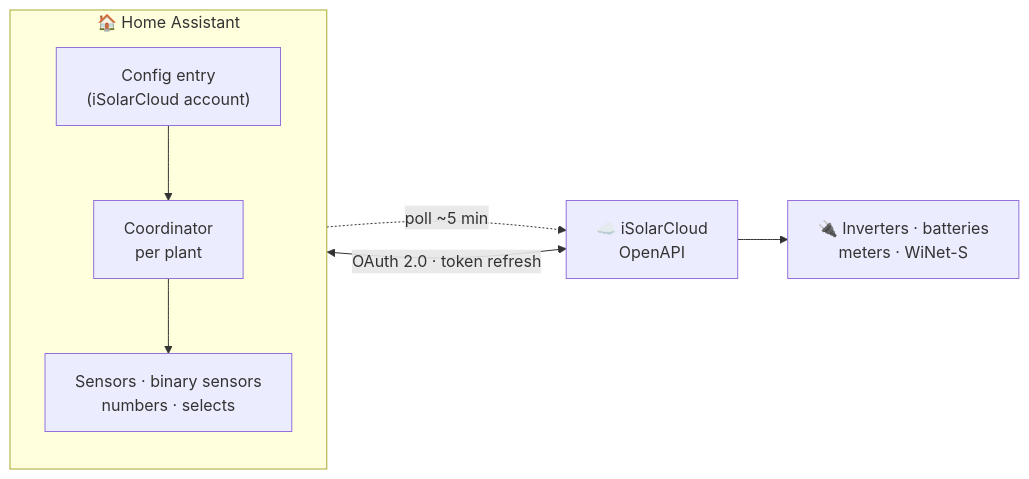
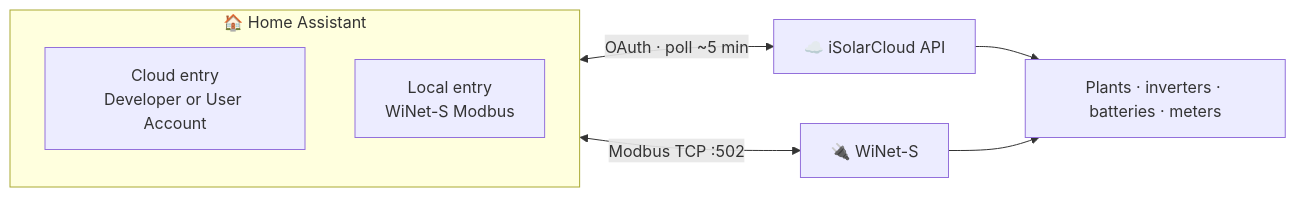
The diagram in README.md (KRoperUK/sungrow-hass), drawn with Mermaid before and after one commit. The commit also changed other lines of this file and 4 other files, not shown here.

````diff
--- a/README.md
+++ b/README.md
@@ -15,11 +27,12 @@
 ```mermaid
 flowchart LR
     subgraph HA["🏠 Home Assistant"]
         direction TB
-        E["Config entry<br/>(iSolarCloud account)"] --> C["Coordinator<br/>per plant"]
-        C --> S["Sensors · binary sensors<br/>numbers · selects"]
+        E1["Cloud entry<br/>Developer or User Account"]
+        E2["Local entry<br/>WiNet-S Modbus"]
     end
-    HA <-->|"OAuth 2.0 · token refresh"| API["☁️ iSolarCloud<br/>OpenAPI"]
-    C -.->|"poll ~5 min"| API
-    API --> HW["🔌 Inverters · batteries<br/>meters · WiNet-S"]
+    E1 <-->|"OAuth · poll ~5 min"| API["☁️ iSolarCloud API"]
+    E2 <-->|"Modbus TCP :502"| WN["🔌 WiNet-S"]
+    API --> HW["Plants · inverters · batteries · meters"]
+    WN --> HW
 ```
````
